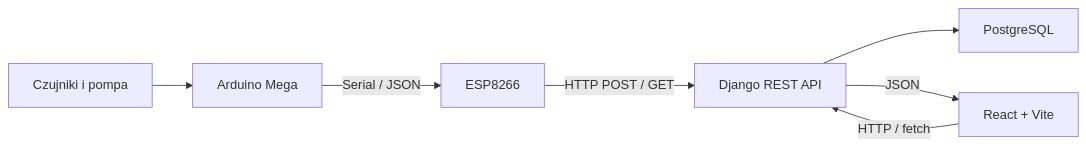
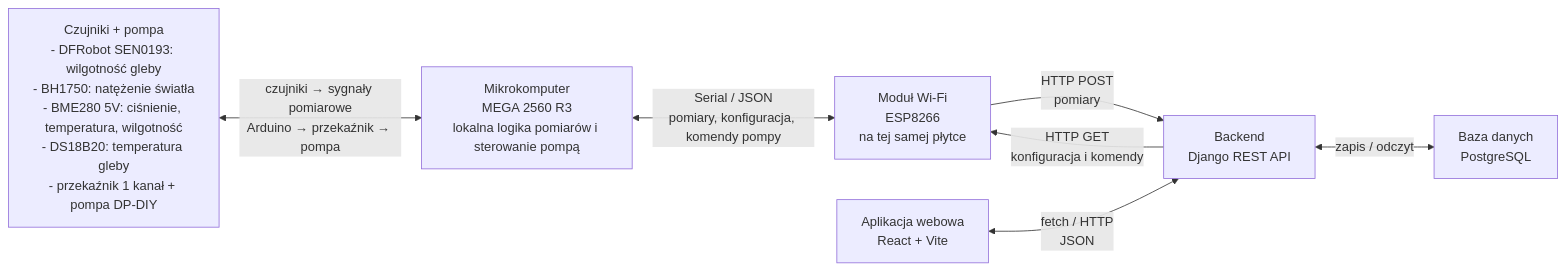
One commit to annkols/irrigation-system-project changed the first of 3 diagrams in docs/02-architektura-systemu.md. Above: the diagram before and after it, drawn with Mermaid. The commit also changed 28 other files, not shown here.

````diff
--- a/docs/02-architektura-systemu.md
+++ b/docs/02-architektura-systemu.md
@@ -13,9 +13,9 @@
 ```mermaid
 flowchart LR
-    S["Czujniki i pompa"] --> A["Arduino Mega"]
-    A -->|"Serial / JSON"| E["ESP8266"]
-    E -->|"HTTP POST / GET"| B["Django REST API"]
-    B --> P["PostgreSQL"]
-    F["React + Vite"] -->|"HTTP / fetch"| B
-    B -->|"JSON"| F
+    S["Czujniki + pompa<br/>- DFRobot SEN0193: wilgotność gleby<br/>- BH1750: natężenie światła<br/>- BME280 5V: ciśnienie, temperatura, wilgotność<br/>- DS18B20: temperatura gleby<br/>- przekaźnik 1 kanał + pompa DP-DIY"] <-->|"czujniki → sygnały pomiarowe<br/>Arduino → przekaźnik → pompa"| A["Mikrokomputer<br/>MEGA 2560 R3<br/>lokalna logika pomiarów i sterowanie pompą"]
+    A <-->|"Serial / JSON<br/>pomiary, konfiguracja, komendy pompy"| E["Moduł Wi-Fi<br/>ESP8266<br/>na tej samej płytce"]
+    E -->|"HTTP POST<br/>pomiary"| B["Backend<br/>Django REST API"]
+    B -->|"HTTP GET<br/>konfiguracja i komendy"| E
+    B <-->|"zapis / odczyt"| P["Baza danych<br/>PostgreSQL"]
+    F["Aplikacja webowa<br/>React + Vite"] <-->|"fetch / HTTP<br/>JSON"| B
 ```
````
